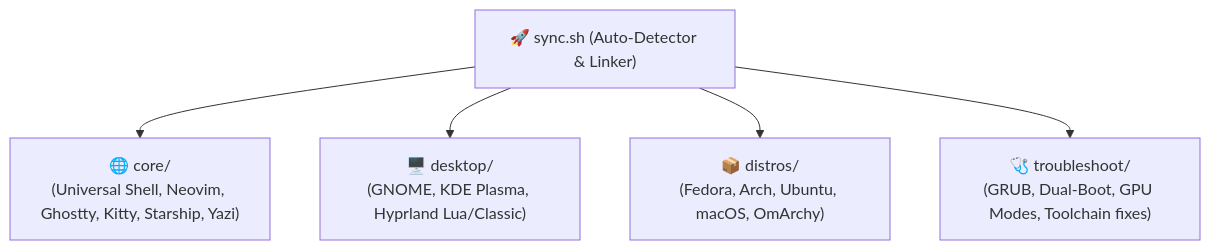
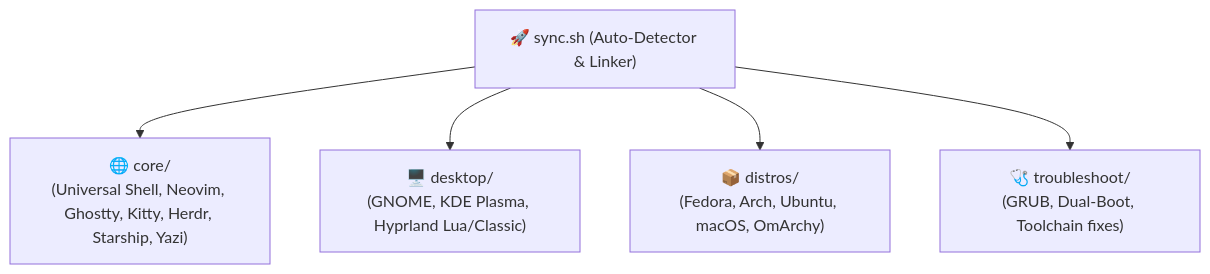
One commit to Codesmith28/archConfig changed the diagram in README.md. Above: the diagram before and after it, drawn with Mermaid. The commit also changed other lines of this file and 13 other files, not shown here.

````diff
--- a/README.md
+++ b/README.md
@@ -16,13 +16,13 @@
 ```mermaid
 graph TD
     Sync["🚀 sync.sh (Auto-Detector & Linker)"]
-    Core["🌐 core/<br/>(Universal Shell, Neovim, Ghostty, Kitty, Starship, Yazi)"]
+    Core["🌐 core/<br/>(Universal Shell, Neovim, Ghostty, Kitty, Herdr, Starship, Yazi)"]
     Desktop["🖥️ desktop/<br/>(GNOME, KDE Plasma, Hyprland Lua/Classic)"]
     Distros["📦 distros/<br/>(Fedora, Arch, Ubuntu, macOS, OmArchy)"]
-    Troubleshoot["🩺 troubleshoot/<br/>(GRUB, Dual-Boot, GPU Modes, Toolchain fixes)"]
+    Troubleshoot["🩺 troubleshoot/<br/>(GRUB, Dual-Boot, Toolchain fixes)"]
     
     Sync --> Core
     Sync --> Desktop
     Sync --> Distros
     Sync --> Troubleshoot
 ```
````
